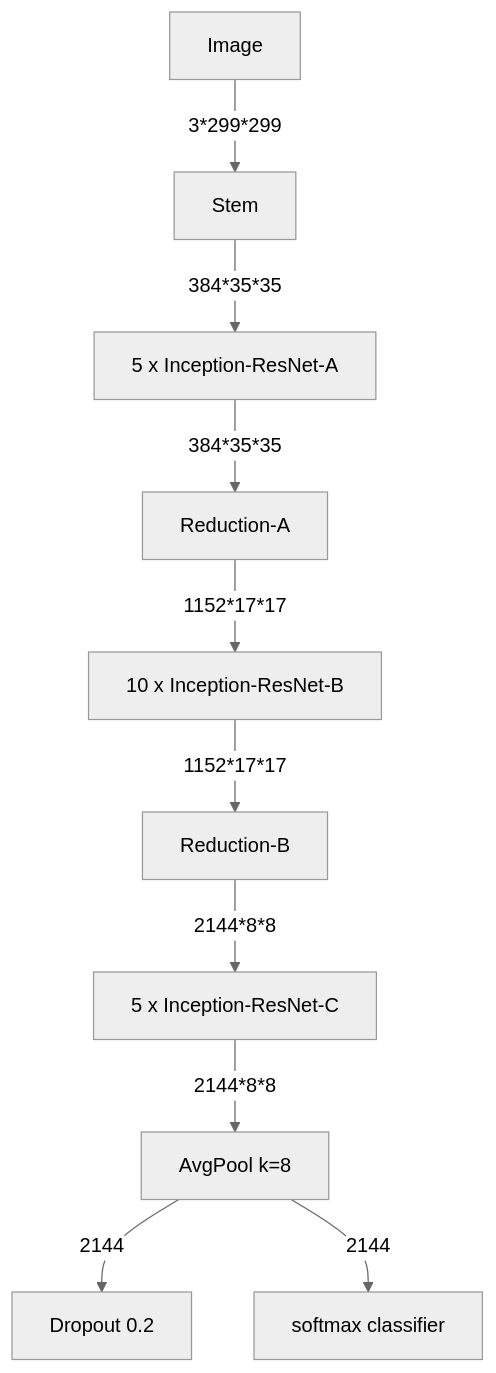
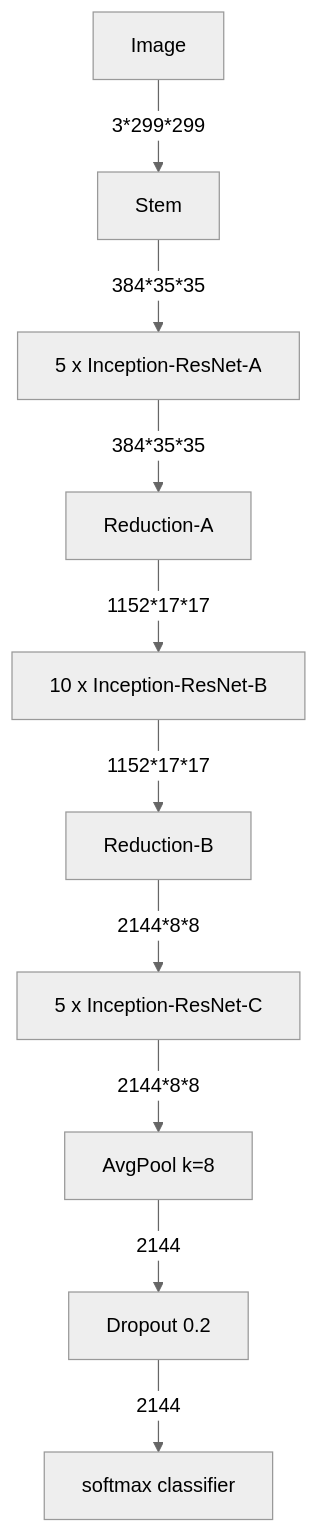
Before and after one commit to ybch14/ybch14.github.io: the first of 7 diagrams in ImageNet_evolution/Inception-ResNet-v2.md, drawn with Mermaid (neutral theme). The commit also changed other lines of this file and 3 other files, not shown here.

```diff
--- a/ImageNet_evolution/Inception-ResNet-v2.md
+++ b/ImageNet_evolution/Inception-ResNet-v2.md
@@ -37,22 +37,22 @@
 <div class="mermaid" id="inception-resnet-v2-graph" style="display: block">
 graph TD;
 image["Image"];
 stem["Stem"];
 inception_a["5 x Inception-ResNet-A"];
 reduction_a["Reduction-A"];
 inception_b["10 x Inception-ResNet-B"];
 reduction_b["Reduction-B"];
 inception_c["5 x Inception-ResNet-C"];
 pool["AvgPool k=8"];
 dropout["Dropout 0.2"];
 classifier["softmax classifier"];
 image --> |"3*299*299"| stem;
 stem --> |"384*35*35"| inception_a;
 inception_a --> |"384*35*35"| reduction_a;
 reduction_a --> |"1152*17*17"| inception_b;
 inception_b --> |"1152*17*17"| reduction_b;
 reduction_b --> |"2144*8*8"| inception_c;
 inception_c --> |"2144*8*8"| pool;
 pool --> |"2144"| dropout;
-pool --> |"2144"| classifier;
+dropout --> |"2144"| classifier;
 </div>
```
